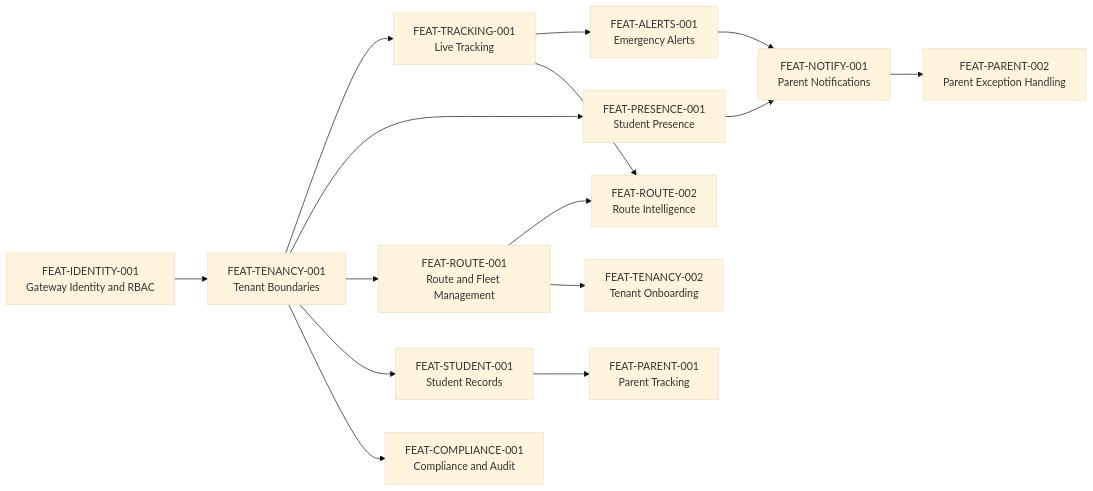
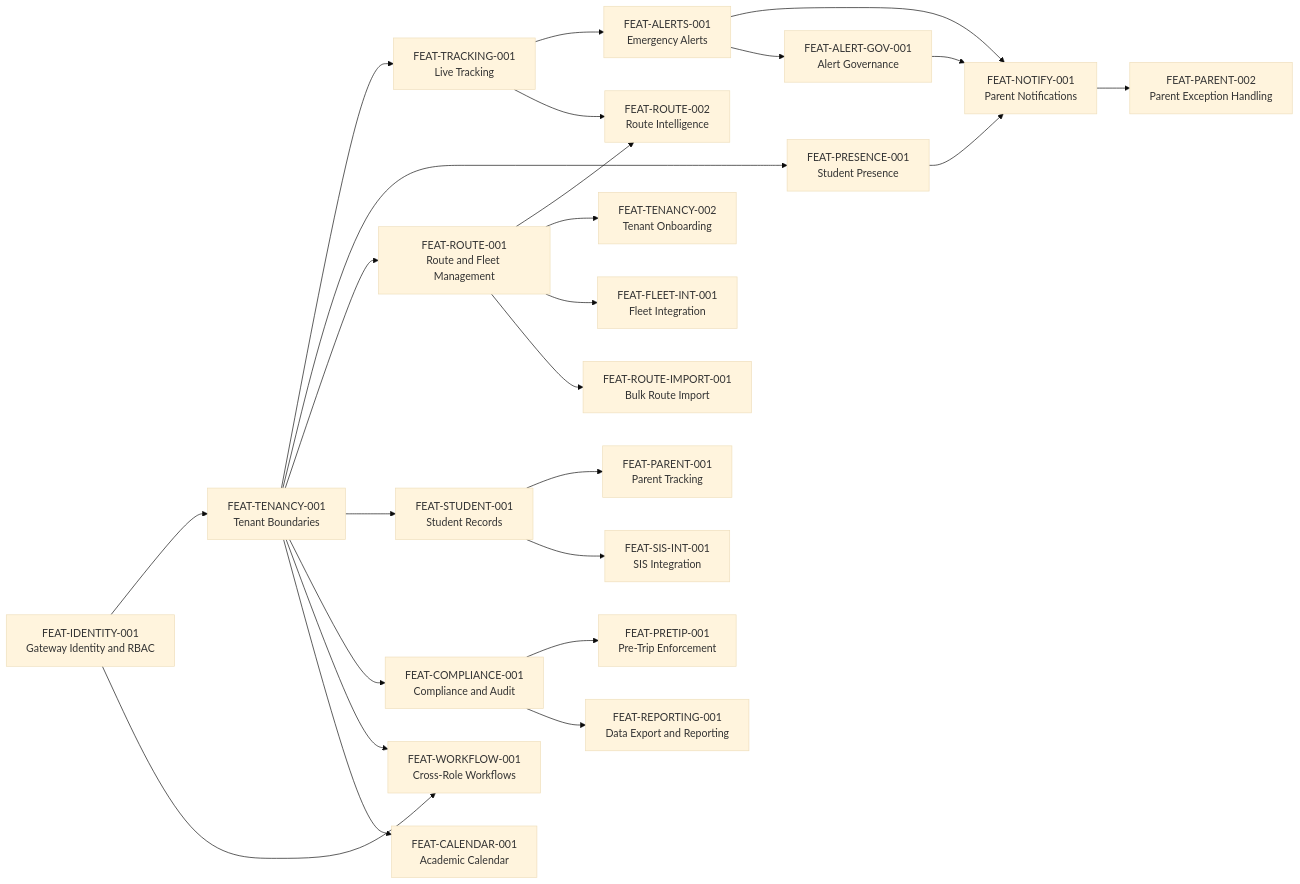
One commit to arvinddhasmana/SBTM changed the diagram in docs/Business/Features.md. Above: the diagram before and after it, drawn with Mermaid (base theme). The commit also changed other lines of this file and 28 other files, not shown here.

First line of the commit message:
docs: complete v4 transition roadmap and PRD suite

````diff
--- a/docs/Business/Features.md
+++ b/docs/Business/Features.md
@@ -19,17 +22,27 @@
 ```mermaid
 flowchart LR
 	A[FEAT-IDENTITY-001<br/>Gateway Identity and RBAC] --> B[FEAT-TENANCY-001<br/>Tenant Boundaries]
 	B --> C[FEAT-TRACKING-001<br/>Live Tracking]
 	B --> D[FEAT-PRESENCE-001<br/>Student Presence]
 	B --> E[FEAT-ROUTE-001<br/>Route and Fleet Management]
 	B --> F[FEAT-STUDENT-001<br/>Student Records]
 	B --> G[FEAT-COMPLIANCE-001<br/>Compliance and Audit]
 	C --> H[FEAT-ALERTS-001<br/>Emergency Alerts]
 	D --> I[FEAT-NOTIFY-001<br/>Parent Notifications]
 	H --> I
 	E --> J[FEAT-ROUTE-002<br/>Route Intelligence]
 	C --> J
 	F --> K[FEAT-PARENT-001<br/>Parent Tracking]
 	I --> L[FEAT-PARENT-002<br/>Parent Exception Handling]
 	E --> M[FEAT-TENANCY-002<br/>Tenant Onboarding]
+	H --> N[FEAT-ALERT-GOV-001<br/>Alert Governance]
+	N --> I
+	F --> O[FEAT-SIS-INT-001<br/>SIS Integration]
+	E --> P[FEAT-FLEET-INT-001<br/>Fleet Integration]
+	E --> Q[FEAT-ROUTE-IMPORT-001<br/>Bulk Route Import]
+	G --> R[FEAT-PRETIP-001<br/>Pre-Trip Enforcement]
+	A --> S[FEAT-WORKFLOW-001<br/>Cross-Role Workflows]
+	B --> S
+	G --> T[FEAT-REPORTING-001<br/>Data Export and Reporting]
+	B --> U[FEAT-CALENDAR-001<br/>Academic Calendar]
 ```
````
